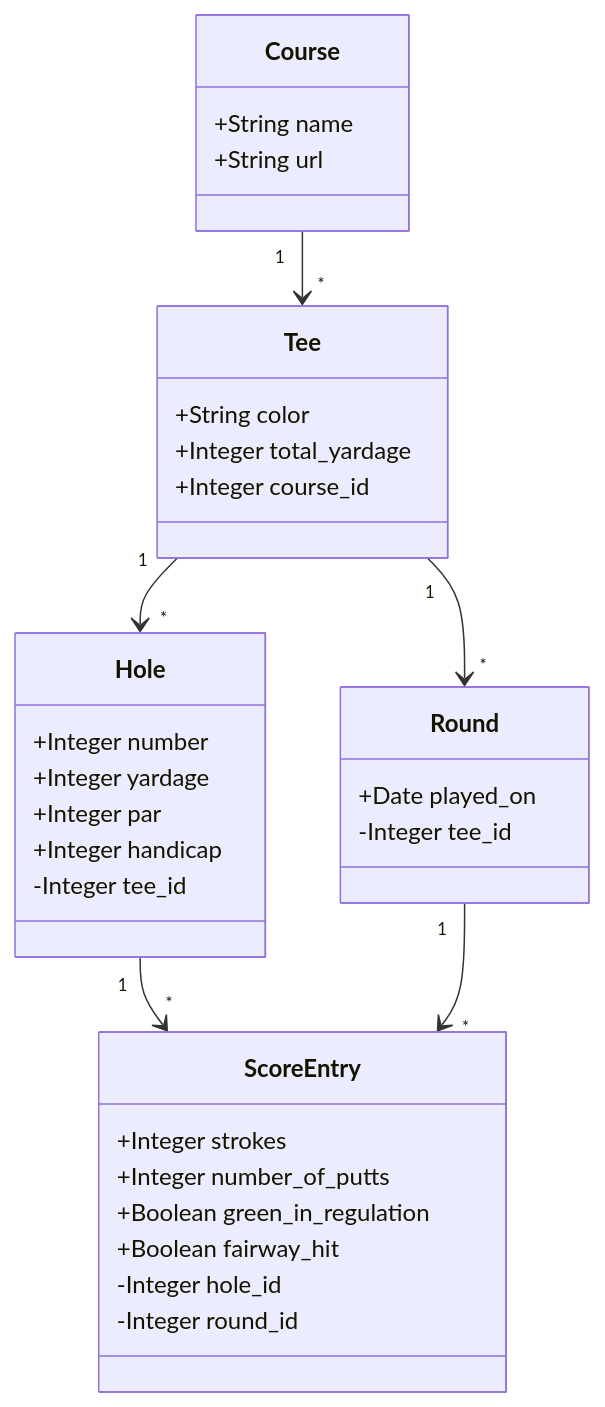
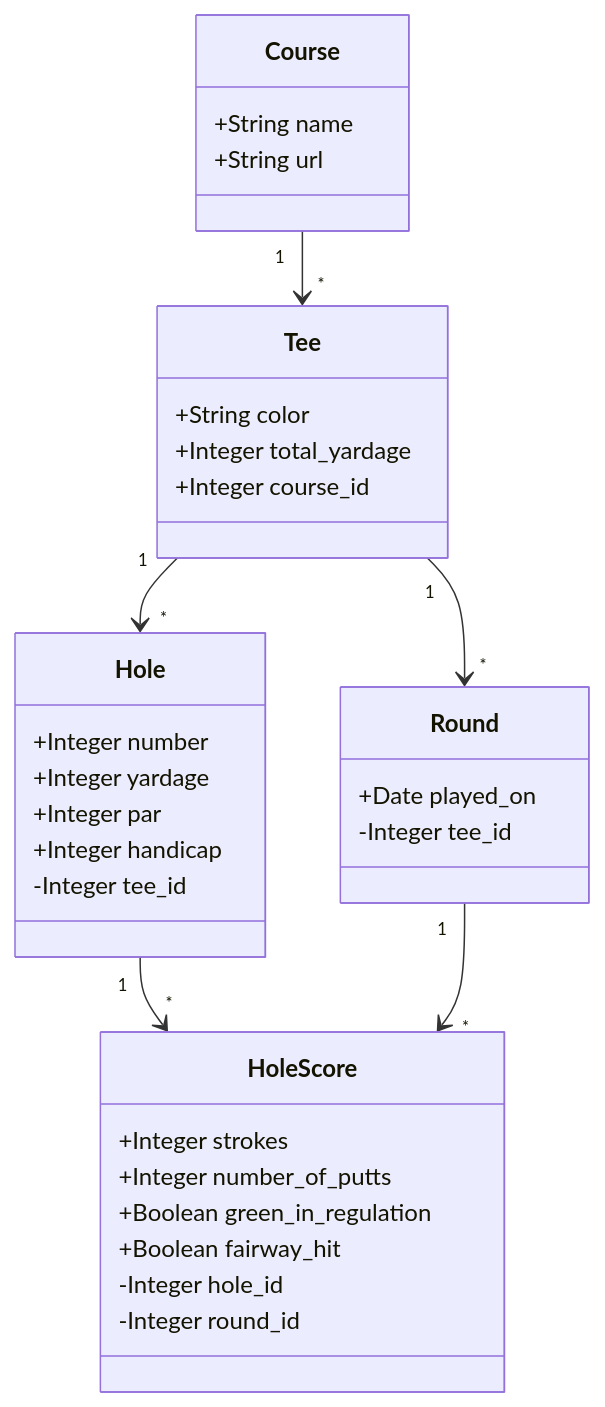
One commit to jnwaletzko/golfscore changed the diagram in class_diagram.md. Above: the diagram before and after it, drawn with Mermaid.

Commit message:
update class diagram

````diff
--- a/class_diagram.md
+++ b/class_diagram.md
@@ -1,36 +1,36 @@
 ```mermaid
 classDiagram
   class Hole
   Hole : +Integer number
   Hole : +Integer yardage
   Hole : +Integer par
   Hole : +Integer handicap
   Hole : -Integer tee_id
 
   class Course
   Course : +String name
   Course : +String url
 
   class Tee
   Tee : +String color
   Tee : +Integer total_yardage
   Tee : +Integer course_id
 
   class Round
   Round : +Date played_on
   Round : -Integer tee_id
 
-  class ScoreEntry
-  ScoreEntry : +Integer strokes
-  ScoreEntry : +Integer number_of_putts
-  ScoreEntry : +Boolean green_in_regulation
-  ScoreEntry : +Boolean fairway_hit
-  ScoreEntry : -Integer hole_id
-  ScoreEntry : -Integer round_id
+  class HoleScore
+  HoleScore : +Integer strokes
+  HoleScore : +Integer number_of_putts
+  HoleScore : +Boolean green_in_regulation
+  HoleScore : +Boolean fairway_hit
+  HoleScore : -Integer hole_id
+  HoleScore : -Integer round_id
 
   Course "1" --> "*" Tee
   Tee "1" --> "*" Hole
-  Hole "1" --> "*" ScoreEntry
-  Round "1" --> "*" ScoreEntry
+  Hole "1" --> "*" HoleScore
+  Round "1" --> "*" HoleScore
   Tee "1" --> "*" Round
 ```
````
